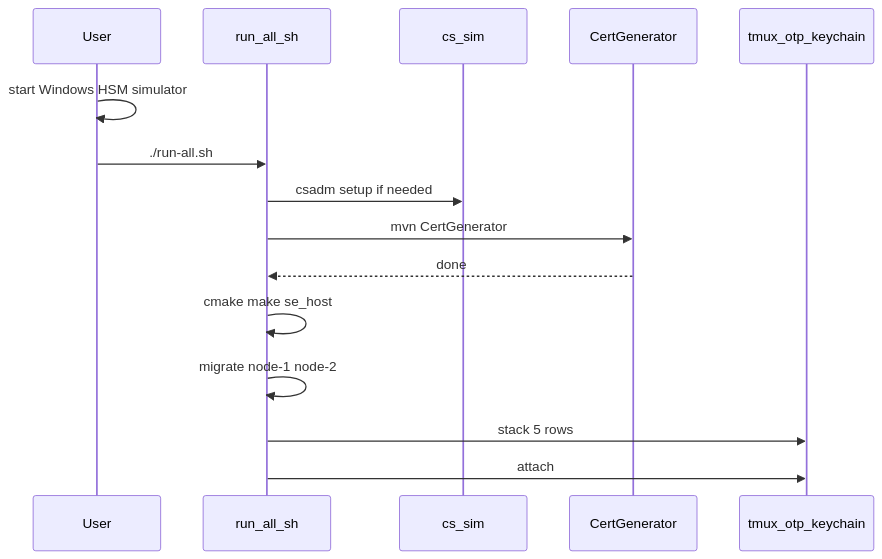
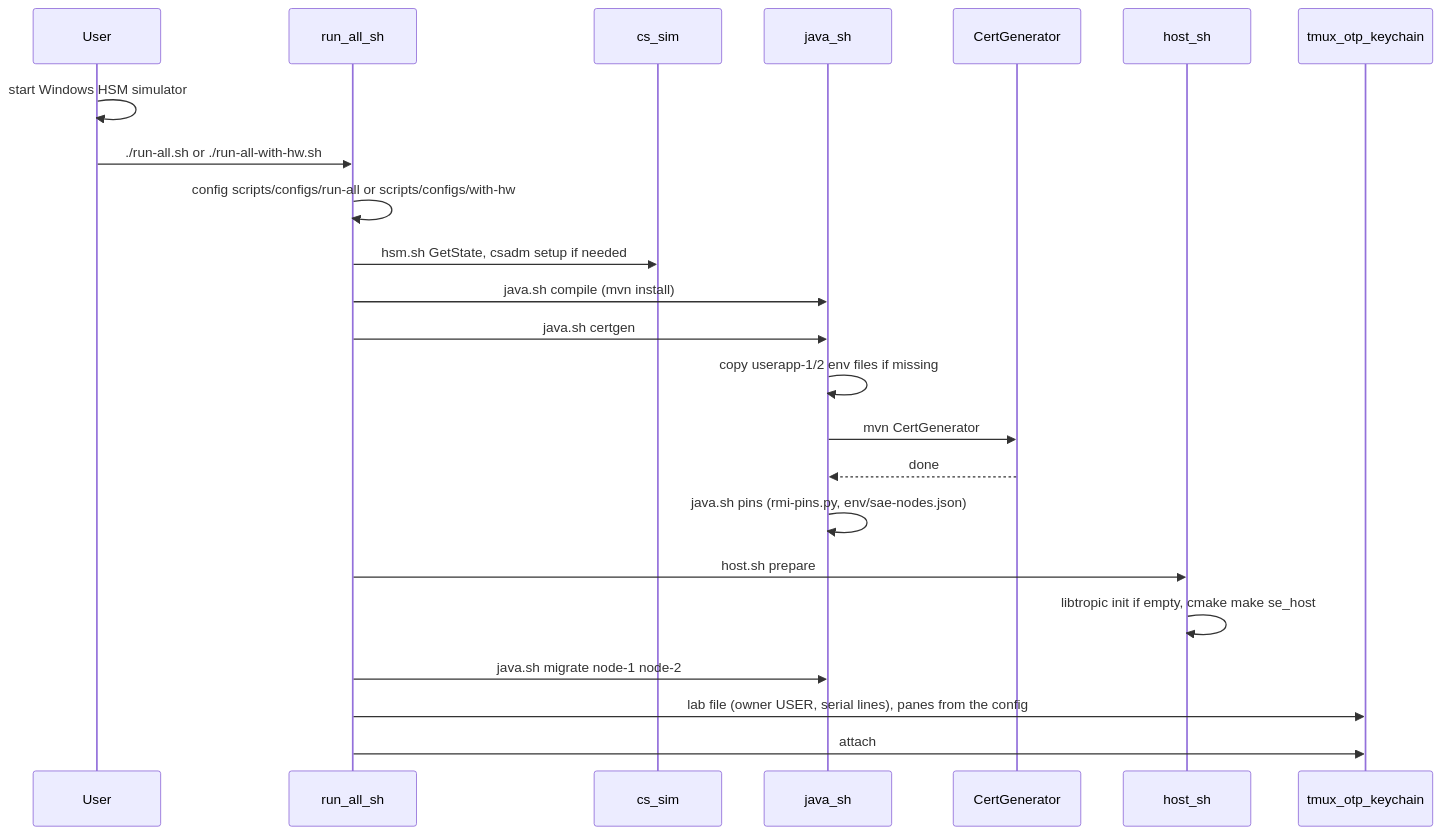
The diagram in RUN_ALL.md (vonasmic/one-time-pad-keychain), drawn with Mermaid before and after one commit. The commit also changed other lines of this file and 310 other files, not shown here.

````diff
--- a/RUN_ALL.md
+++ b/RUN_ALL.md
@@ -25,18 +25,26 @@
 ```mermaid
 sequenceDiagram
   participant User
   participant Script as run_all_sh
   participant Hsm as cs_sim
+  participant Java as java_sh
   participant Cert as CertGenerator
+  participant Host as host_sh
   participant Tmux as tmux_otp_keychain
 
   User->>User: start Windows HSM simulator
-  User->>Script: ./run-all.sh
-  Script->>Hsm: csadm setup if needed
-  Script->>Cert: mvn CertGenerator
-  Cert-->>Script: done
-  Script->>Script: cmake make se_host
-  Script->>Script: migrate node-1 node-2
-  Script->>Tmux: stack 5 rows
+  User->>Script: ./run-all.sh or ./run-all-with-hw.sh
+  Script->>Script: config scripts/configs/run-all or scripts/configs/with-hw
+  Script->>Hsm: hsm.sh GetState, csadm setup if needed
+  Script->>Java: java.sh compile (mvn install)
+  Script->>Java: java.sh certgen
+  Java->>Java: copy userapp-1/2 env files if missing
+  Java->>Cert: mvn CertGenerator
+  Cert-->>Java: done
+  Java->>Java: java.sh pins (rmi-pins.py, env/sae-nodes.json)
+  Script->>Host: host.sh prepare
+  Host->>Host: libtropic init if empty, cmake make se_host
+  Script->>Java: java.sh migrate node-1 node-2
+  Script->>Tmux: lab file (owner USER, serial lines), panes from the config
   Script->>Tmux: attach
 ```
````
